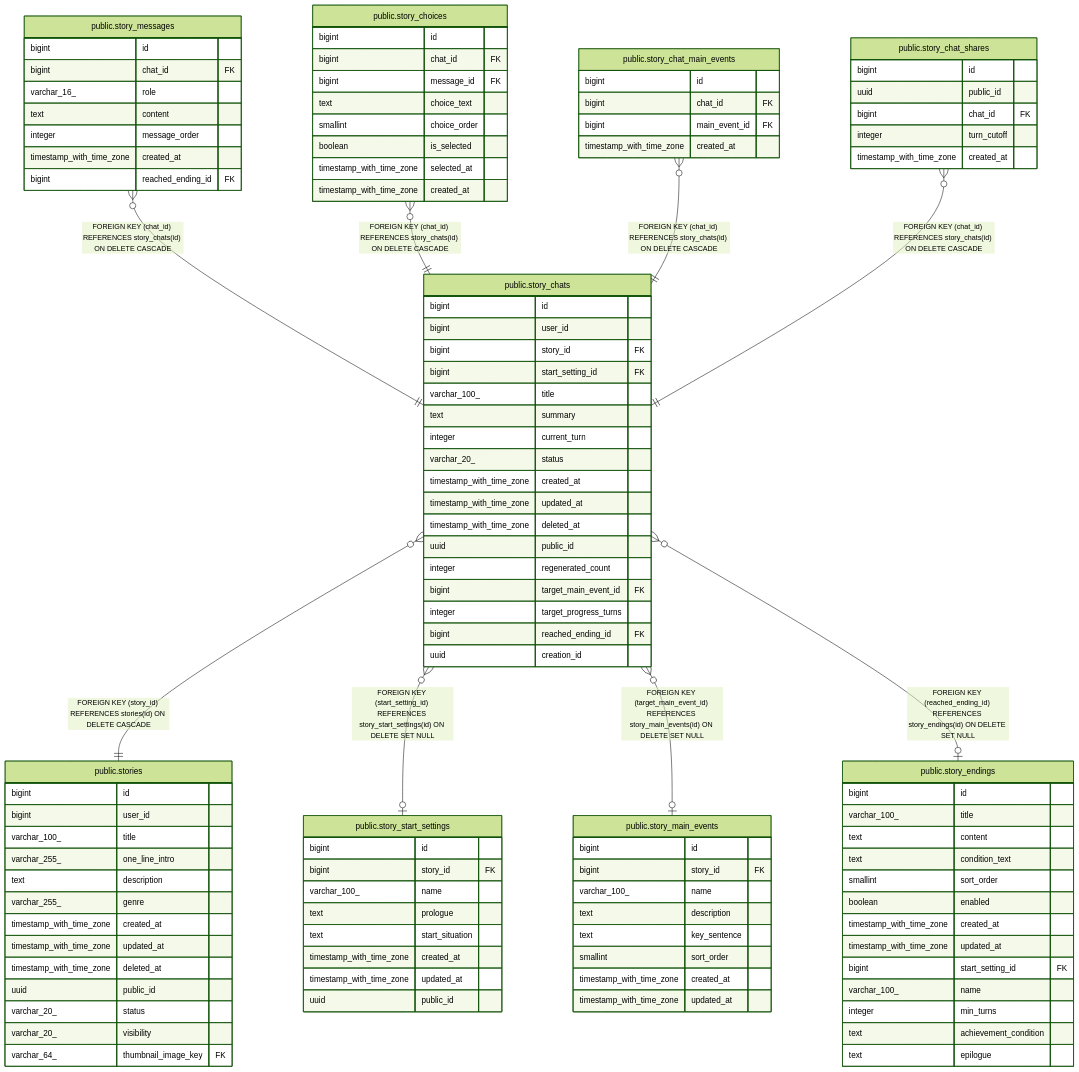
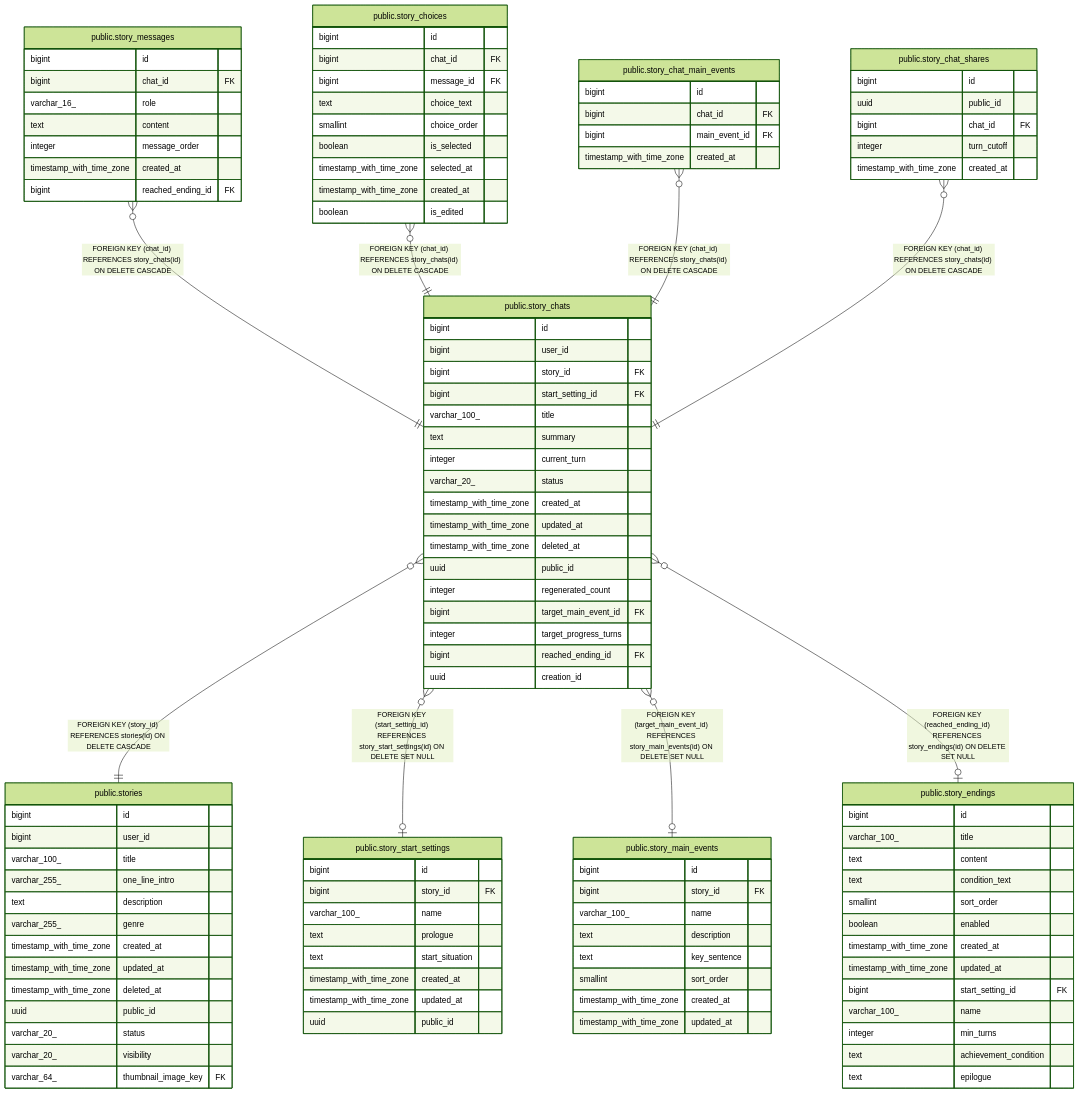
One commit to KIM-N-KANG/manyak-server changed the diagram in dbdoc/public.story_chats.md. Above: the diagram before and after it, drawn with Mermaid (forest theme). The commit also changed 12 other files, not shown here.

```diff
--- a/dbdoc/public.story_chats.md
+++ b/dbdoc/public.story_chats.md
@@ -96,6 +96,7 @@
   boolean is_selected
   timestamp_with_time_zone selected_at
   timestamp_with_time_zone created_at
+  boolean is_edited
 }
 "public.story_chat_main_events" {
   bigint id
```
